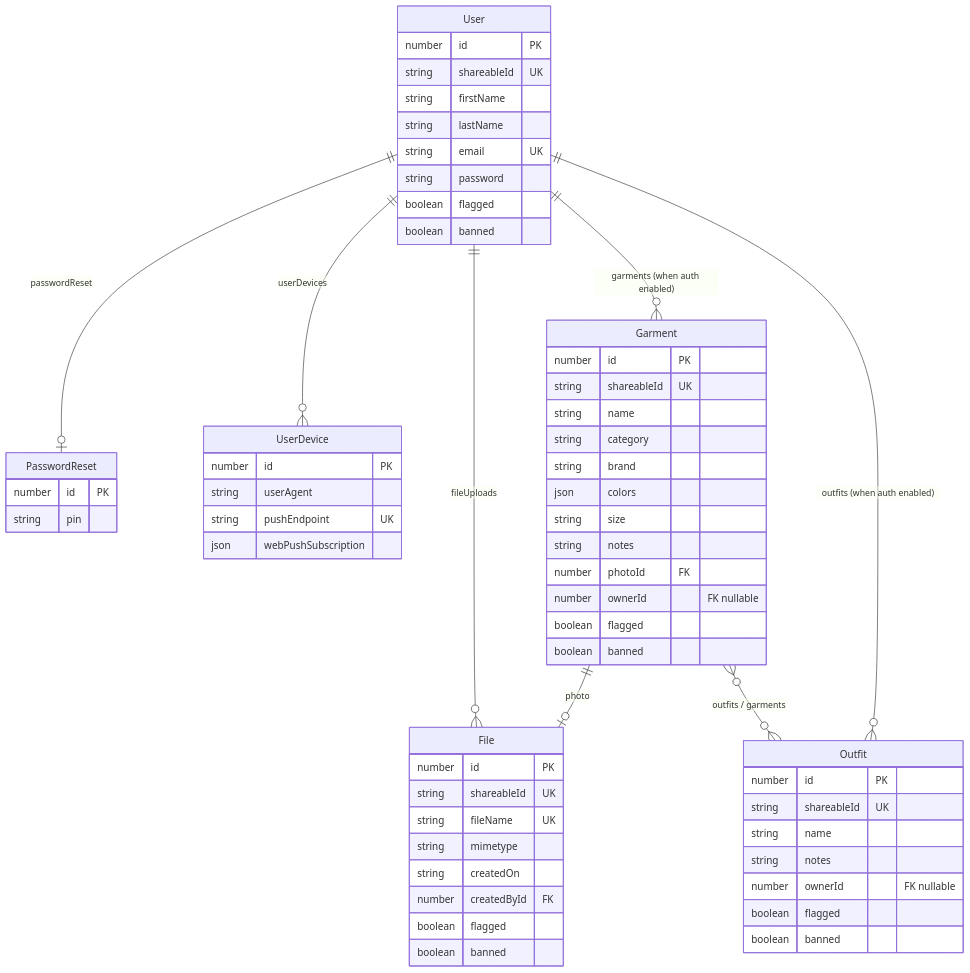
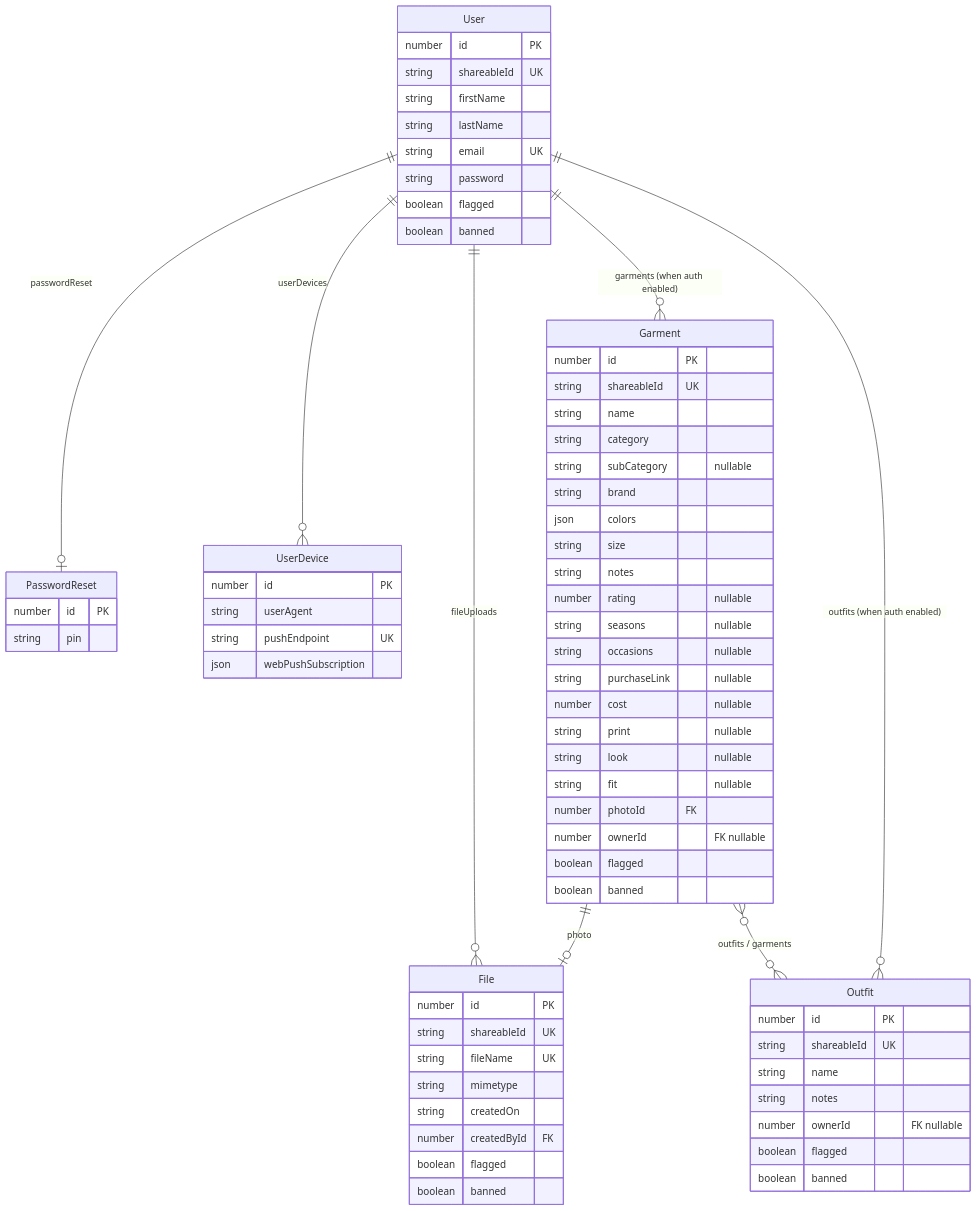
Before and after one commit to Lazztech/Libre-Closet: the diagram in docs/DESIGN.md, drawn with Mermaid. The commit also changed other lines of this file and 32 other files, not shown here.

````diff
--- a/docs/DESIGN.md
+++ b/docs/DESIGN.md
@@ -93,69 +104,78 @@
 ```mermaid
 erDiagram
     User ||--o| PasswordReset : "passwordReset"
     User ||--o{ UserDevice : "userDevices"
     User ||--o{ File : "fileUploads"
     User ||--o{ Garment : "garments (when auth enabled)"
     User ||--o{ Outfit : "outfits (when auth enabled)"
     Garment ||--o| File : "photo"
     Garment }o--o{ Outfit : "outfits / garments"
 
     User {
         number id PK
         string shareableId UK
         string firstName
         string lastName
         string email UK
         string password
         boolean flagged
         boolean banned
     }
 
     Garment {
         number id PK
         string shareableId UK
         string name
         string category
+        string subCategory "nullable"
         string brand
         json colors
         string size
         string notes
+        number rating "nullable"
+        string seasons "nullable"
+        string occasions "nullable"
+        string purchaseLink "nullable"
+        number cost "nullable"
+        string print "nullable"
+        string look "nullable"
+        string fit "nullable"
         number photoId FK
         number ownerId "FK nullable"
         boolean flagged
         boolean banned
     }
 
     Outfit {
         number id PK
         string shareableId UK
         string name
         string notes
         number ownerId "FK nullable"
         boolean flagged
         boolean banned
     }
 
     File {
         number id PK
         string shareableId UK
         string fileName UK
         string mimetype
         string createdOn
         number createdById FK
         boolean flagged
         boolean banned
     }
 
     PasswordReset {
         number id PK
         string pin
     }
 
     UserDevice {
         number id PK
         string userAgent
         string pushEndpoint UK
         json webPushSubscription
     }
 ```
````
